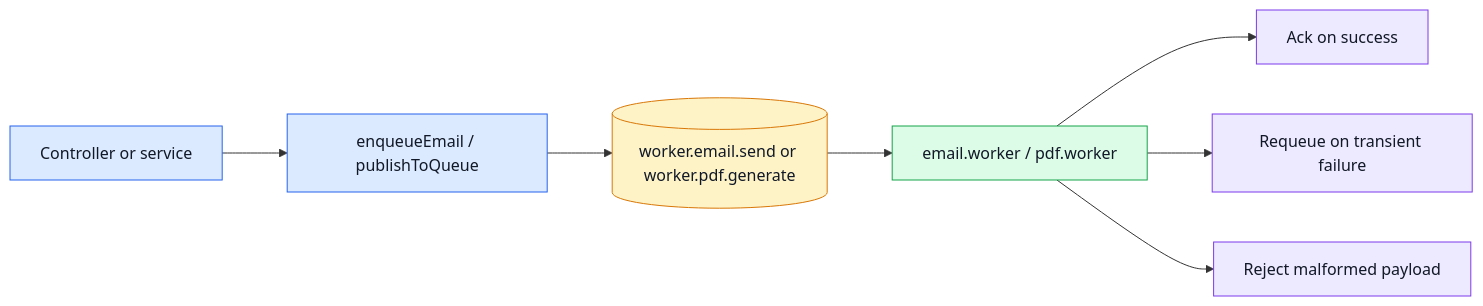
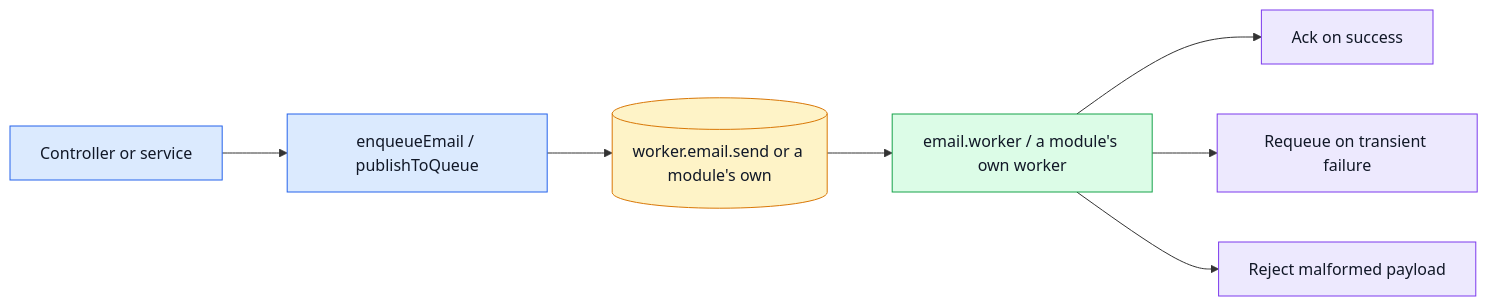
One commit to Guebbit/boilerplate-node-backend changed the second of 3 diagrams in docs/tools/rabbitmq.md. Above: the diagram before and after it, drawn with Mermaid. The commit also changed other lines of this file and 7 other files, not shown here.

````diff
--- a/docs/tools/rabbitmq.md
+++ b/docs/tools/rabbitmq.md
@@ -67,19 +81,19 @@
 ```mermaid
 %%{init: {'flowchart': {'nodeSpacing': 50, 'rankSpacing': 65}}}%%
 flowchart LR
     Producer[Controller or service] --> Publish[enqueueEmail / publishToQueue]
-    Publish --> Queue[(worker.email.send or worker.pdf.generate)]
-    Queue --> Consume[email.worker / pdf.worker]
+    Publish --> Queue[(worker.email.send or a module's own)]
+    Queue --> Consume[email.worker / a module's own worker]
     Consume --> Ack[Ack on success]
     Consume --> Retry[Requeue on transient failure]
     Consume --> Drop[Reject malformed payload]
 
     classDef app fill:#dbeafe,stroke:#2563eb,color:#111827;
     classDef queue fill:#fef3c7,stroke:#d97706,color:#111827;
     classDef worker fill:#dcfce7,stroke:#16a34a,color:#111827;
     classDef result fill:#ede9fe,stroke:#7c3aed,color:#111827;
     class Producer,Publish app;
     class Queue queue;
     class Consume worker;
     class Ack,Retry,Drop result;
 ```
````
